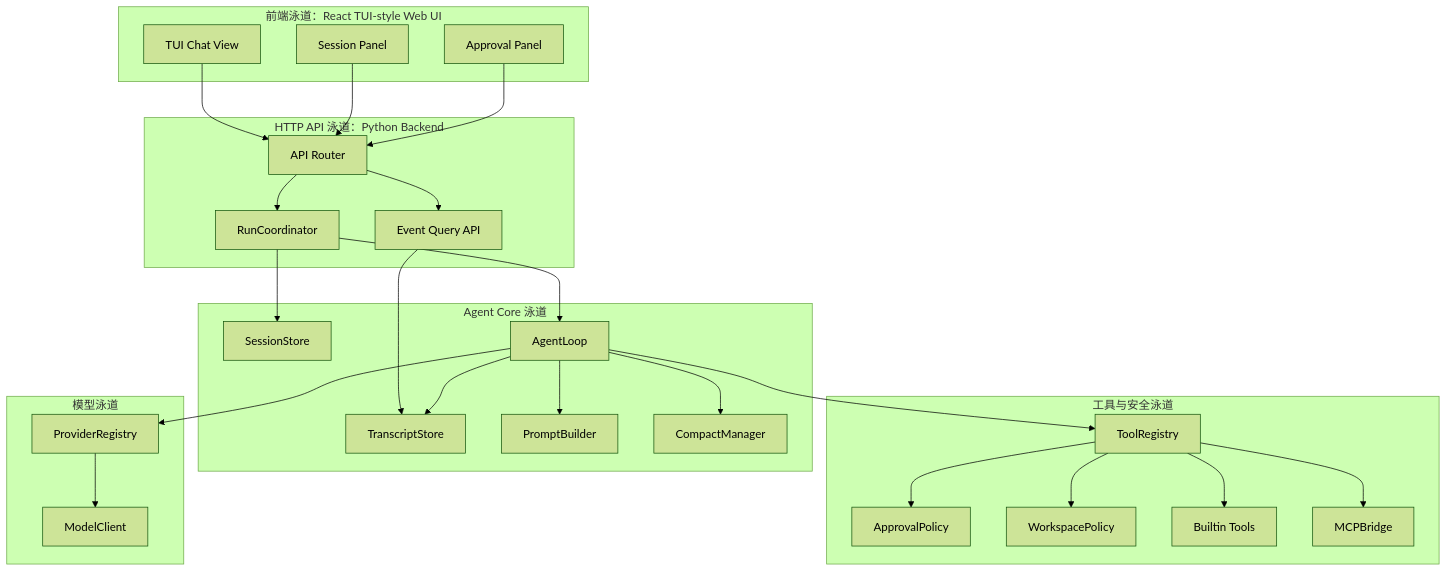
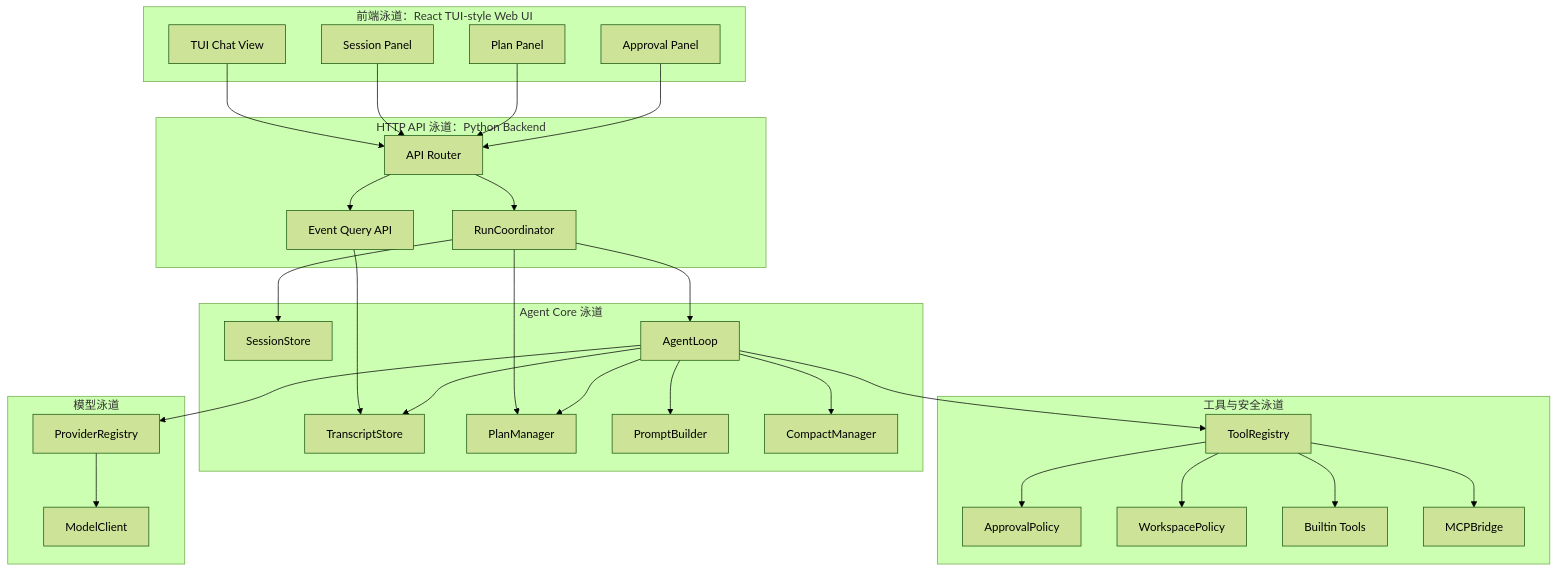
One commit to victcn/custom_dev changed the first of 5 diagrams in ccc/design_docs/ccc-第一阶段模块概要设计说明书.md. Above: the diagram before and after it, drawn with Mermaid (forest theme). The commit also changed other lines of this file and 1 other file, not shown here.

````diff
--- a/ccc/design_docs/ccc-第一阶段模块概要设计说明书.md
+++ b/ccc/design_docs/ccc-第一阶段模块概要设计说明书.md
@@ -259,54 +272,59 @@
 ```mermaid
 flowchart TB
   subgraph FE["前端泳道：React TUI-style Web UI"]
     FE_UI["TUI Chat View"]
     FE_SESSION["Session Panel"]
+    FE_PLAN["Plan Panel"]
     FE_APPROVAL["Approval Panel"]
   end
 
   subgraph API["HTTP API 泳道：Python Backend"]
     API_ROUTER["API Router"]
     RUN_COORD["RunCoordinator"]
     EVENT_API["Event Query API"]
   end
 
   subgraph CORE["Agent Core 泳道"]
     SESSION["SessionStore"]
     TRANSCRIPT["TranscriptStore"]
+    PLAN["PlanManager"]
     LOOP["AgentLoop"]
     PROMPT["PromptBuilder"]
     COMPACT["CompactManager"]
   end
 
   subgraph TOOL["工具与安全泳道"]
     TOOL_REG["ToolRegistry"]
     APPROVAL["ApprovalPolicy"]
     WORKSPACE["WorkspacePolicy"]
     BUILTIN["Builtin Tools"]
     MCP["MCPBridge"]
   end
 
   subgraph MODEL["模型泳道"]
     PROVIDER["ProviderRegistry"]
     MODEL_CLIENT["ModelClient"]
   end
 
   FE_UI --> API_ROUTER
   FE_SESSION --> API_ROUTER
+  FE_PLAN --> API_ROUTER
   FE_APPROVAL --> API_ROUTER
   API_ROUTER --> RUN_COORD
   API_ROUTER --> EVENT_API
   RUN_COORD --> SESSION
+  RUN_COORD --> PLAN
   RUN_COORD --> LOOP
   EVENT_API --> TRANSCRIPT
   LOOP --> PROMPT
+  LOOP --> PLAN
   LOOP --> COMPACT
   LOOP --> TOOL_REG
   LOOP --> PROVIDER
   TOOL_REG --> APPROVAL
   TOOL_REG --> WORKSPACE
   TOOL_REG --> BUILTIN
   TOOL_REG --> MCP
   PROVIDER --> MODEL_CLIENT
   LOOP --> TRANSCRIPT
 ```
````
